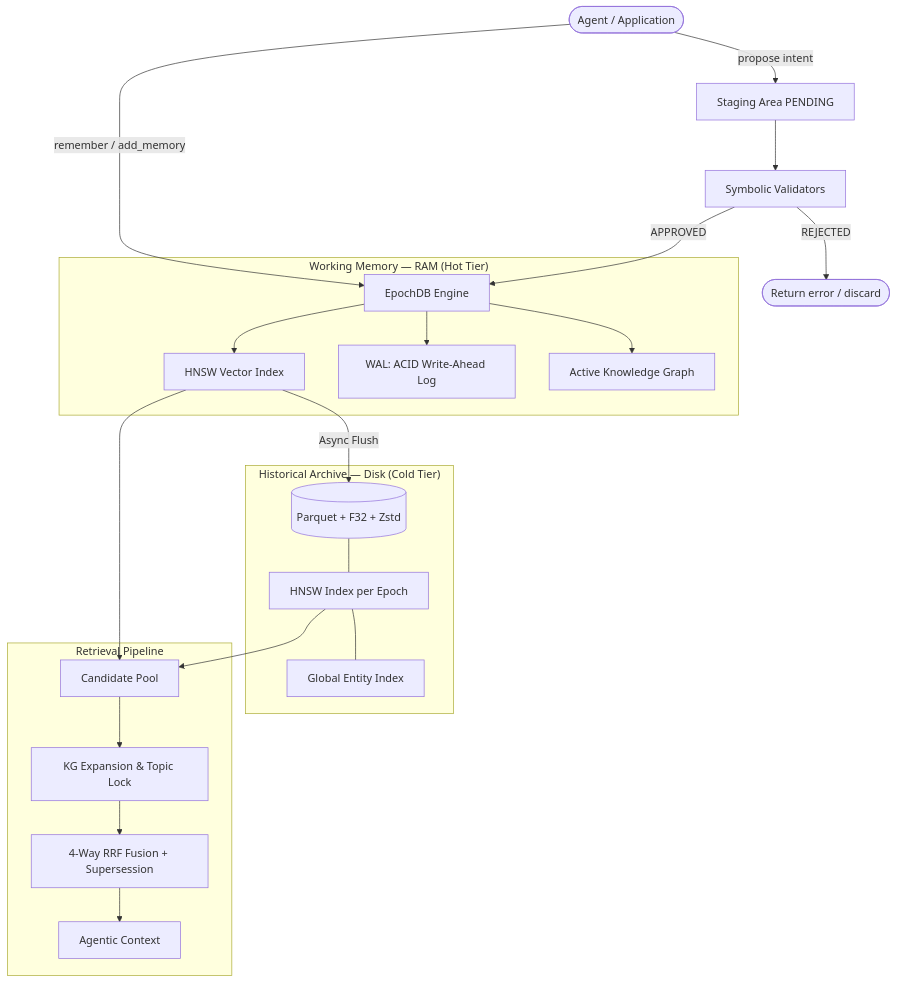
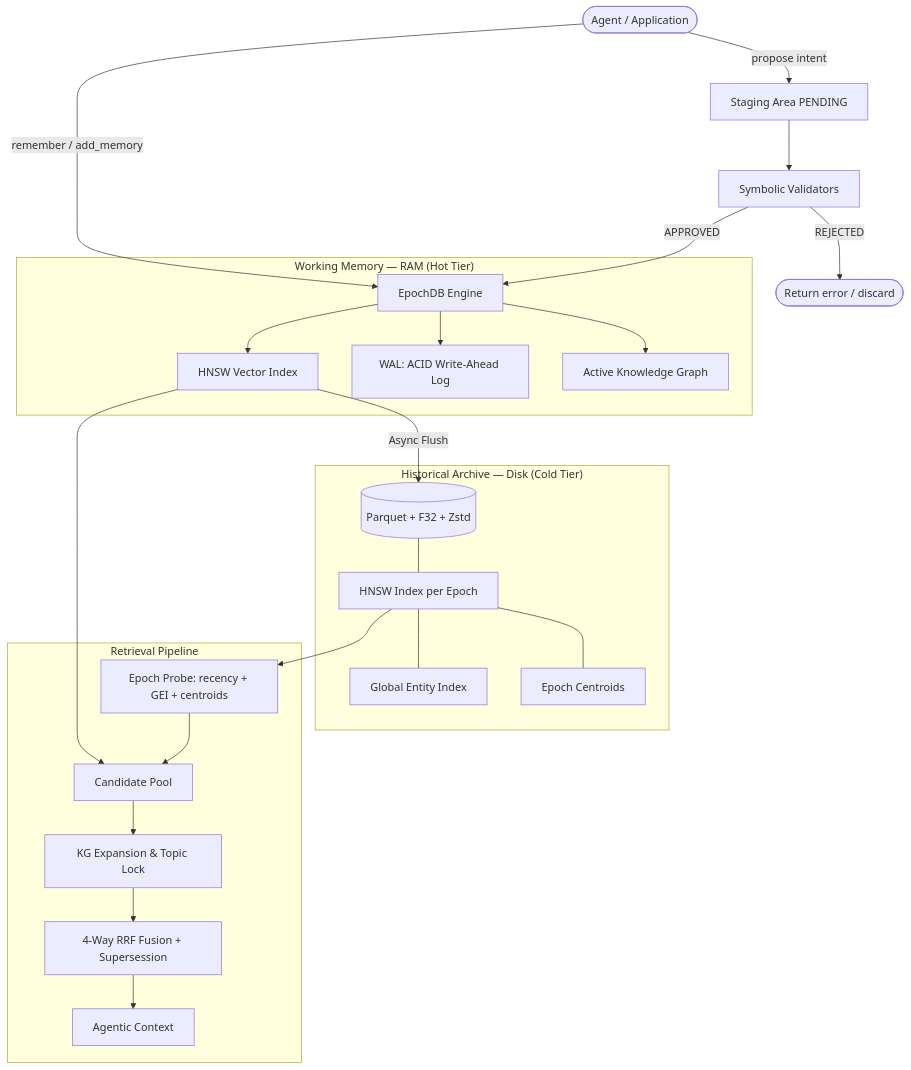
Before and after one commit to jersobh/epochdb: the diagram in README.md, drawn with Mermaid. The commit also changed other lines of this file and 16 other files, not shown here.

````diff
--- a/README.md
+++ b/README.md
@@ -48,29 +48,31 @@
 ```mermaid
 graph TD
     Agent([Agent / Application]) -->|remember / add_memory| Engine[EpochDB Engine]
     Agent -->|propose intent| Stage[Staging Area PENDING]
 
     Stage --> Val[Symbolic Validators]
     Val -->|APPROVED| Engine
     Val -->|REJECTED| Reject([Return error / discard])
 
     subgraph "Working Memory — RAM (Hot Tier)"
         Engine --> HNSW_H[HNSW Vector Index]
         Engine --> WAL[WAL: ACID Write-Ahead Log]
         Engine --> KG[Active Knowledge Graph]
     end
 
     subgraph "Historical Archive — Disk (Cold Tier)"
         HNSW_H -->|Async Flush| Parquet[(Parquet + F32 + Zstd)]
         Parquet --- HNSW_C[HNSW Index per Epoch]
         HNSW_C --- GEI[Global Entity Index]
+        HNSW_C --- Centroids[Epoch Centroids]
     end
 
     subgraph "Retrieval Pipeline"
         HNSW_H --> Pool[Candidate Pool]
-        HNSW_C --> Pool
+        HNSW_C --> Probe[Epoch Probe: recency + GEI + centroids]
+        Probe --> Pool
         Pool --> KG_Exp[KG Expansion & Topic Lock]
         KG_Exp --> RRF[4-Way RRF Fusion + Supersession]
         RRF --> Context[Agentic Context]
     end
 ```
````
